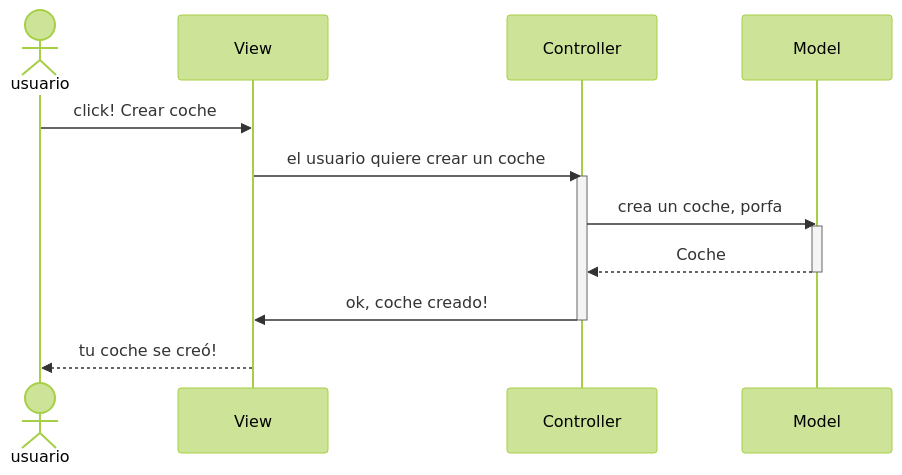
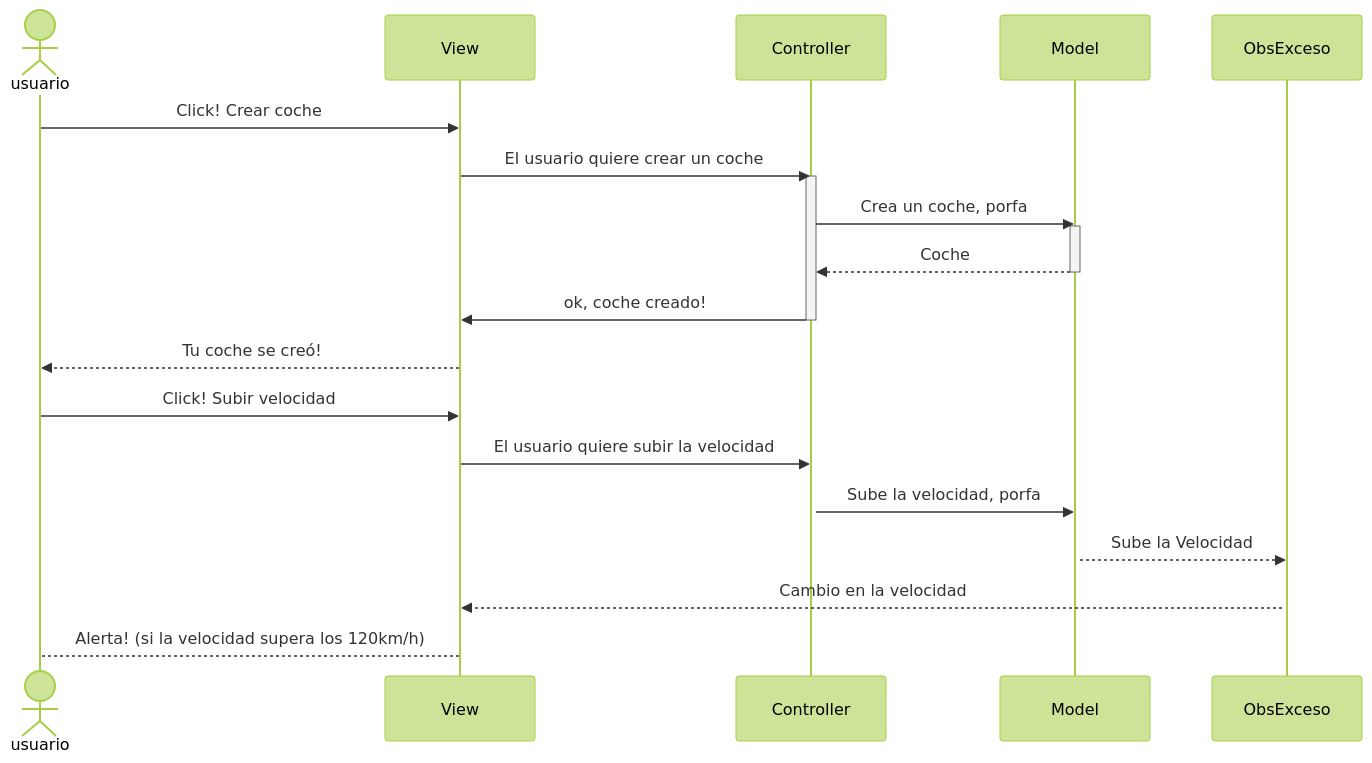
One commit to samueldam1/MVC_coches changed the second of 2 diagrams in Readme.md. Above: the diagram before and after it, drawn with Mermaid (forest theme). The commit also changed other lines of this file, not shown here.

````diff
--- a/Readme.md
+++ b/Readme.md
@@ -57,18 +75,29 @@
 ```mermaid
 sequenceDiagram
     actor usuario
     participant View
     participant Controller
     participant Model
+    participant ObsExceso
     
-    usuario->>View: click! Crear coche
-    View->>Controller: el usuario quiere crear un coche
+    usuario->>View: Click! Crear coche
+    View->>Controller: El usuario quiere crear un coche
     activate Controller
-    Controller->>Model: crea un coche, porfa
+    Controller->>Model: Crea un coche, porfa
     activate Model
     Model-->>Controller: Coche
     deactivate Model
     Controller->>View: ok, coche creado!
     deactivate Controller
-    View-->>usuario: tu coche se creó!
+    View-->>usuario: Tu coche se creó!
+    
+    usuario->>View: Click! Subir velocidad
+    View->>Controller: El usuario quiere subir la velocidad
+    activate Controller
+    Controller->>Model: Sube la velocidad, porfa
+    activate Model
+    Model-->>ObsExceso: Sube la Velocidad
+    activate ObsExceso
+    ObsExceso-->>View: Cambio en la velocidad
+    View-->usuario: Alerta! (si la velocidad supera los 120km/h)
 ```
````
